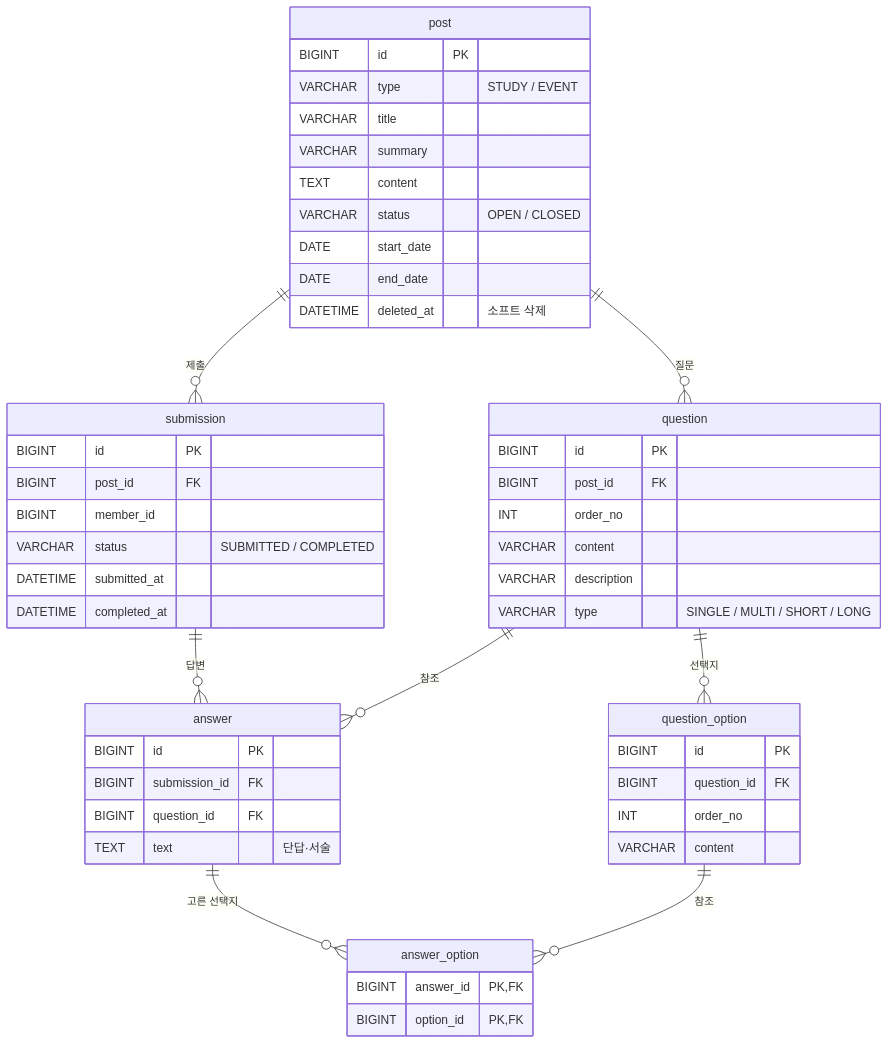
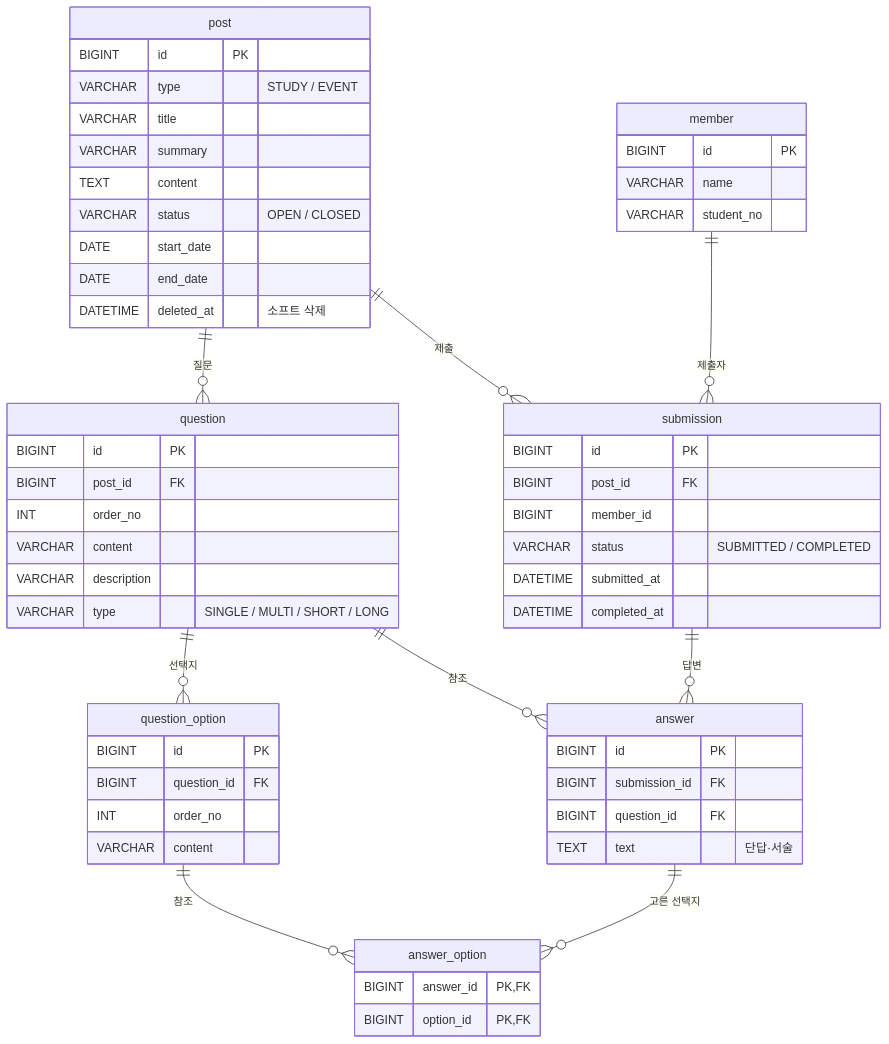
The diagram in README.md (KMU-WINK/26_LastChallenge_team1_server), drawn with Mermaid before and after one commit. The commit also changed other lines of this file, not shown here.

First line of the commit message:
docs: Member 테이블 내용 수정

````diff
--- a/README.md
+++ b/README.md
@@ -107,54 +107,60 @@
 ```mermaid
 erDiagram
     post ||--o{ question : "질문"
     question ||--o{ question_option : "선택지"
     post ||--o{ submission : "제출"
     submission ||--o{ answer : "답변"
     answer ||--o{ answer_option : "고른 선택지"
     question ||--o{ answer : "참조"
     question_option ||--o{ answer_option : "참조"
+    member ||--o{ submission : "제출자"
 
+    member {
+        BIGINT id PK
+        VARCHAR name
+        VARCHAR student_no
+    }
     post {
         BIGINT id PK
         VARCHAR type "STUDY / EVENT"
         VARCHAR title
         VARCHAR summary
         TEXT content
         VARCHAR status "OPEN / CLOSED"
         DATE start_date
         DATE end_date
         DATETIME deleted_at "소프트 삭제"
     }
     question {
         BIGINT id PK
         BIGINT post_id FK
         INT order_no
         VARCHAR content
         VARCHAR description
         VARCHAR type "SINGLE / MULTI / SHORT / LONG"
     }
     question_option {
         BIGINT id PK
         BIGINT question_id FK
         INT order_no
         VARCHAR content
     }
     submission {
         BIGINT id PK
         BIGINT post_id FK
         BIGINT member_id
         VARCHAR status "SUBMITTED / COMPLETED"
         DATETIME submitted_at
         DATETIME completed_at
     }
     answer {
         BIGINT id PK
         BIGINT submission_id FK
         BIGINT question_id FK
         TEXT text "단답·서술"
     }
     answer_option {
         BIGINT answer_id PK, FK
         BIGINT option_id PK, FK
     }
 ```
````
